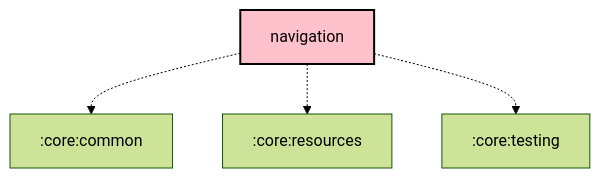
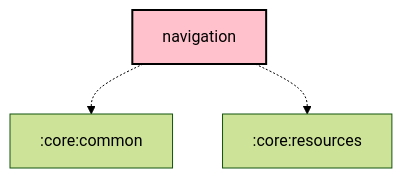
The diagram in core/navigation/README.md (meshtastic/Meshtastic-Android), drawn with Mermaid (forest theme) before and after one commit. The commit also changed 14 other files, not shown here.

First line of the commit message:
chore: Scheduled updates (Graphs, Baseline Profile)

````diff
--- a/core/navigation/README.md
+++ b/core/navigation/README.md
@@ -39,21 +39,20 @@
 ```mermaid
 graph TB
   :core:navigation[navigation]:::kmp-library-compose
   :core:navigation -.-> :core:common
   :core:navigation -.-> :core:resources
-  :core:navigation -.-> :core:testing
 
 classDef android-application fill:#CAFFBF,stroke:#000,stroke-width:2px,color:#000;
 classDef android-application-compose fill:#CAFFBF,stroke:#000,stroke-width:2px,color:#000;
 classDef compose-desktop-application fill:#CAFFBF,stroke:#000,stroke-width:2px,color:#000;
 classDef android-feature fill:#FFD6A5,stroke:#000,stroke-width:2px,color:#000;
 classDef android-library fill:#9BF6FF,stroke:#000,stroke-width:2px,color:#000;
 classDef android-library-compose fill:#9BF6FF,stroke:#000,stroke-width:2px,color:#000;
 classDef android-test fill:#A0C4FF,stroke:#000,stroke-width:2px,color:#000;
 classDef jvm-library fill:#BDB2FF,stroke:#000,stroke-width:2px,color:#000;
 classDef kmp-feature fill:#FFD6A5,stroke:#000,stroke-width:2px,color:#000;
 classDef kmp-library-compose fill:#FFC1CC,stroke:#000,stroke-width:2px,color:#000;
 classDef kmp-library fill:#FFC1CC,stroke:#000,stroke-width:2px,color:#000;
 classDef unknown fill:#FFADAD,stroke:#000,stroke-width:2px,color:#000;
 
 ```
````
